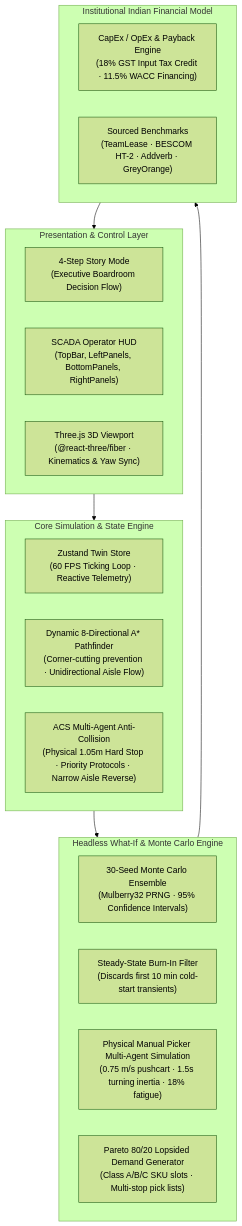
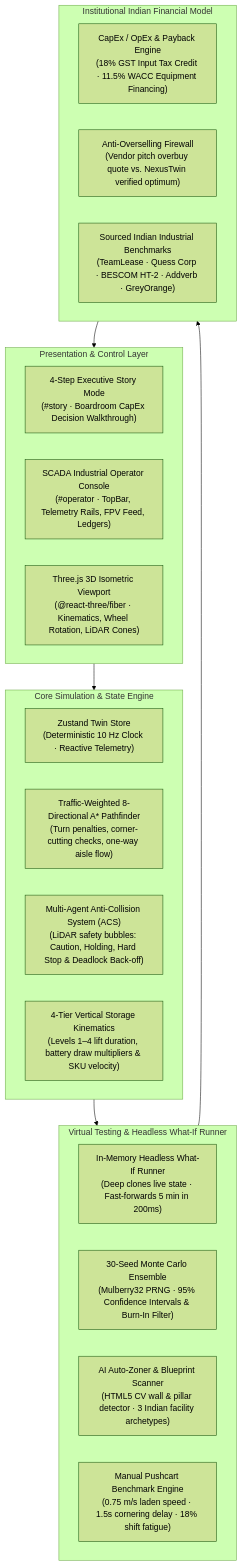
Before and after one commit to mo-farooq/NexusTwin: the diagram in README.md, drawn with Mermaid (forest theme). The commit also changed other lines of this file and 1 other file, not shown here.

Commit message:
docs: overhaul README with executive story mode, judge FAQ, anti-overselling benchmarks, and repo metadata

````diff
--- a/README.md
+++ b/README.md
@@ -17,31 +18,33 @@
 ```mermaid
 flowchart TD
     subgraph UI_Layer ["Presentation & Control Layer"]
-        Story["4-Step Story Mode\n(Executive Boardroom Decision Flow)"]
-        SCADA["SCADA Operator HUD\n(TopBar, LeftPanels, BottomPanels, RightPanels)"]
-        ThreeCanvas["Three.js 3D Viewport\n(@react-three/fiber · Kinematics & Yaw Sync)"]
+        Story["4-Step Executive Story Mode\n(#story · Boardroom CapEx Decision Walkthrough)"]
+        SCADA["SCADA Industrial Operator Console\n(#operator · TopBar, Telemetry Rails, FPV Feed, Ledgers)"]
+        ThreeCanvas["Three.js 3D Isometric Viewport\n(@react-three/fiber · Kinematics, Wheel Rotation, LiDAR Cones)"]
     end
 
     subgraph State_Engine ["Core Simulation & State Engine"]
-        ZStore["Zustand Twin Store\n(60 FPS Ticking Loop · Reactive Telemetry)"]
-        AStar["Dynamic 8-Directional A* Pathfinder\n(Corner-cutting prevention · Unidirectional Aisle Flow)"]
-        ACS["ACS Multi-Agent Anti-Collision\n(Physical 1.05m Hard Stop · Priority Protocols · Narrow Aisle Reverse)"]
+        ZStore["Zustand Twin Store\n(Deterministic 10 Hz Clock · Reactive Telemetry)"]
+        AStar["Traffic-Weighted 8-Directional A* Pathfinder\n(Turn penalties, corner-cutting checks, one-way aisle flow)"]
+        ACS["Multi-Agent Anti-Collision System (ACS)\n(LiDAR safety bubbles: Caution, Holding, Hard Stop & Deadlock Back-off)"]
+        Slotting["4-Tier Vertical Storage Kinematics\n(Levels 1–4 lift duration, battery draw multipliers & SKU velocity)"]
     end
 
-    subgraph Virtual_Engine ["Headless What-If & Monte Carlo Engine"]
-        MC["30-Seed Monte Carlo Ensemble\n(Mulberry32 PRNG · 95% Confidence Intervals)"]
-        BurnIn["Steady-State Burn-In Filter\n(Discards first 10 min cold-start transients)"]
-        HumanSim["Physical Manual Picker Multi-Agent Simulation\n(0.75 m/s pushcart · 1.5s turning inertia · 18% fatigue)"]
-        Pareto["Pareto 80/20 Lopsided Demand Generator\n(Class A/B/C SKU slots · Multi-stop pick lists)"]
+    subgraph Virtual_Engine ["Virtual Testing & Headless What-If Runner"]
+        WhatIf["In-Memory Headless What-If Runner\n(Deep clones live state · Fast-forwards 5 min in 200ms)"]
+        MC["30-Seed Monte Carlo Ensemble\n(Mulberry32 PRNG · 95% Confidence Intervals & Burn-In Filter)"]
+        Brownfield["AI Auto-Zoner & Blueprint Scanner\n(HTML5 CV wall & pillar detector · 3 Indian facility archetypes)"]
+        Benchmarking["Manual Pushcart Benchmark Engine\n(0.75 m/s laden speed · 1.5s cornering delay · 18% shift fatigue)"]
     end
 
     subgraph Financial_Engine ["Institutional Indian Financial Model"]
-        ROI["CapEx / OpEx & Payback Engine\n(18% GST Input Tax Credit · 11.5% WACC Financing)"]
-        Bench["Sourced Benchmarks\n(TeamLease · BESCOM HT-2 · Addverb · GreyOrange)"]
+        ROI["CapEx / OpEx & Payback Engine\n(18% GST Input Tax Credit · 11.5% WACC Equipment Financing)"]
+        Oversell["Anti-Overselling Firewall\n(Vendor pitch overbuy quote vs. NexusTwin verified optimum)"]
+        Benchmarks["Sourced Indian Industrial Benchmarks\n(TeamLease · Quess Corp · BESCOM HT-2 · Addverb · GreyOrange)"]
     end
 
     UI_Layer --> State_Engine
     State_Engine --> Virtual_Engine
     Virtual_Engine --> Financial_Engine
     Financial_Engine --> UI_Layer
 ```
````
